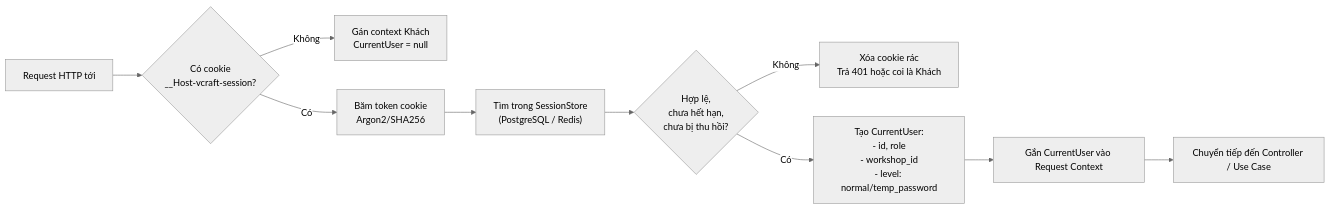
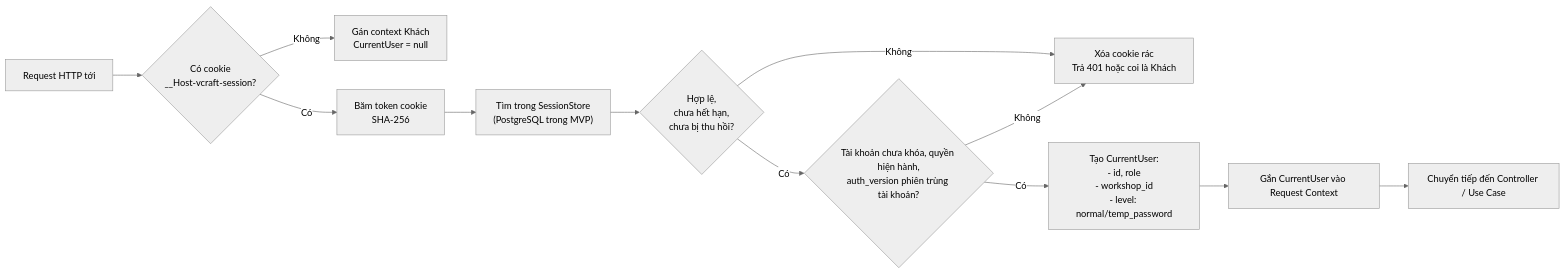
Before and after one commit to HUY-TD16/vCraft: the third of 5 diagrams in docs/04-architecture/architecture-overview.md, drawn with Mermaid (neutral theme). The commit also changed other lines of this file and 2 other files, not shown here.

Commit message:
update security and architecture docs

````diff
--- a/docs/04-architecture/architecture-overview.md
+++ b/docs/04-architecture/architecture-overview.md
@@ -231,12 +352,14 @@
 ```mermaid
 flowchart LR
     Req["Request HTTP tới"] --> CookieCheck{"Có cookie\n__Host-vcraft-session?"}
     CookieCheck -- Không --> Guest["Gán context Khách\nCurrentUser = null"]
-    CookieCheck -- Có --> Hash["Băm token cookie\nArgon2/SHA256"]
-    Hash --> SessQuery["Tìm trong SessionStore\n(PostgreSQL / Redis)"]
+    CookieCheck -- Có --> Hash["Băm token cookie\nSHA-256"]
+    Hash --> SessQuery["Tìm trong SessionStore\n(PostgreSQL trong MVP)"]
     SessQuery --> Valid{"Hợp lệ,\nchưa hết hạn,\nchưa bị thu hồi?"}
     Valid -- Không --> Drop["Xóa cookie rác\nTrả 401 hoặc coi là Khách"]
-    Valid -- Có --> BuildCtx["Tạo CurrentUser:\n- id, role\n- workshop_id\n- level: normal/temp_password"]
+    Valid -- Có --> AccountCheck{"Tài khoản chưa khóa, quyền hiện hành,\nauth_version phiên trùng tài khoản?"}
+    AccountCheck -- Không --> Drop
+    AccountCheck -- Có --> BuildCtx["Tạo CurrentUser:\n- id, role\n- workshop_id\n- level: normal/temp_password"]
     BuildCtx --> Inject["Gắn CurrentUser vào Request Context"]
     Inject --> Controller["Chuyển tiếp đến Controller / Use Case"]
 ```
````
